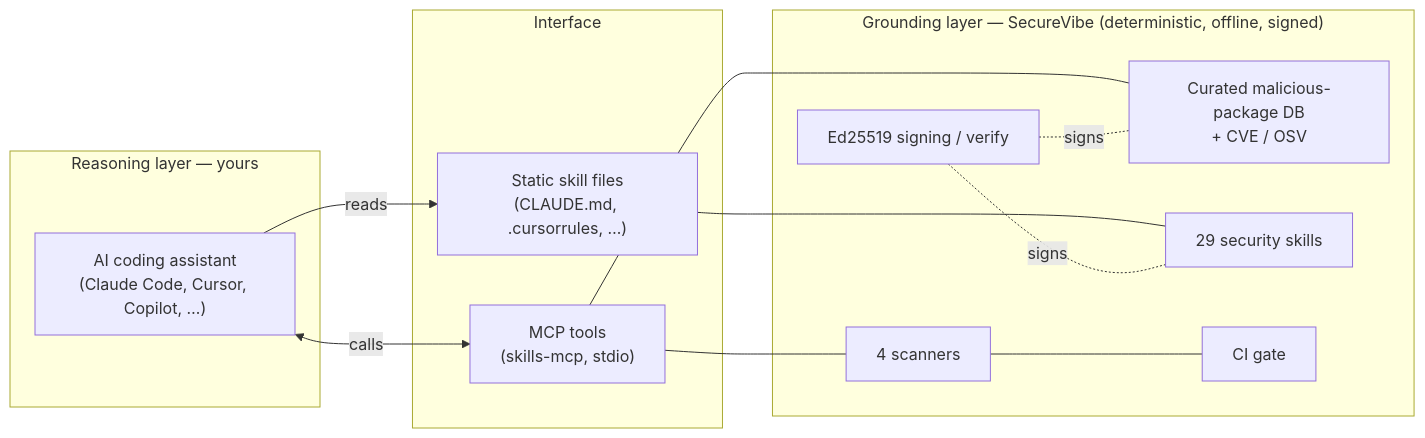
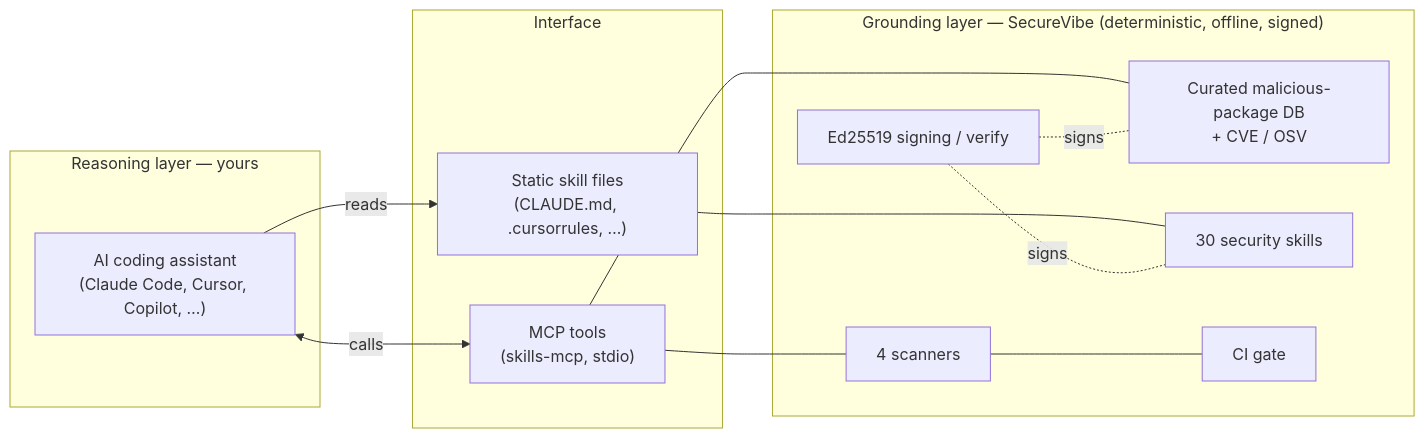
One commit to ShieldNet-360/securevibe changed the first of 5 diagrams in docs/concepts/architecture.md. Above: the diagram before and after it, drawn with Mermaid. The commit also changed other lines of this file and 27 other files, not shown here.

````diff
--- a/docs/concepts/architecture.md
+++ b/docs/concepts/architecture.md
@@ -17,28 +17,28 @@
 ```mermaid
 flowchart LR
     subgraph REASON["Reasoning layer — yours"]
         A["AI coding assistant<br/>(Claude Code, Cursor, Copilot, …)"]
     end
 
     subgraph IFACE["Interface"]
         S["Static skill files<br/>(CLAUDE.md, .cursorrules, …)"]
         M["MCP tools<br/>(skills-mcp, stdio)"]
     end
 
     subgraph GROUND["Grounding layer — SecureVibe (deterministic, offline, signed)"]
         DB["Curated malicious-package DB<br/>+ CVE / OSV"]
-        SK["29 security skills"]
+        SK["30 security skills"]
         SC["4 scanners"]
         SG["Ed25519 signing / verify"]
         GT["CI gate"]
     end
 
     A -->|reads| S
     A <-->|calls| M
     S --- SK
     M --- SC
     M --- DB
     SC --- GT
     SG -.signs.- DB
     SG -.signs.- SK
 ```
````
